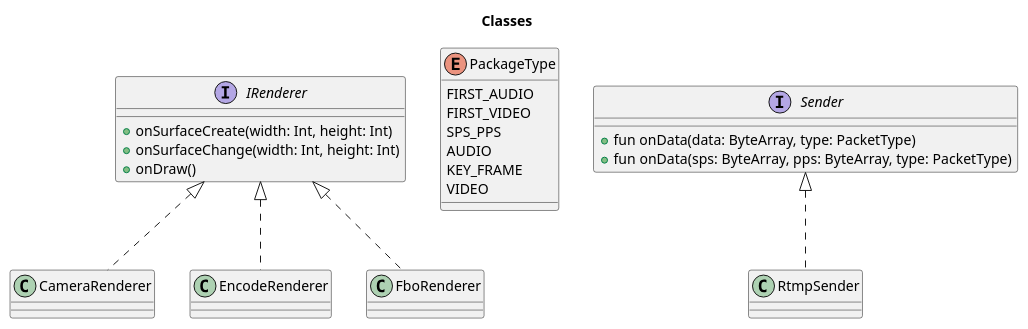
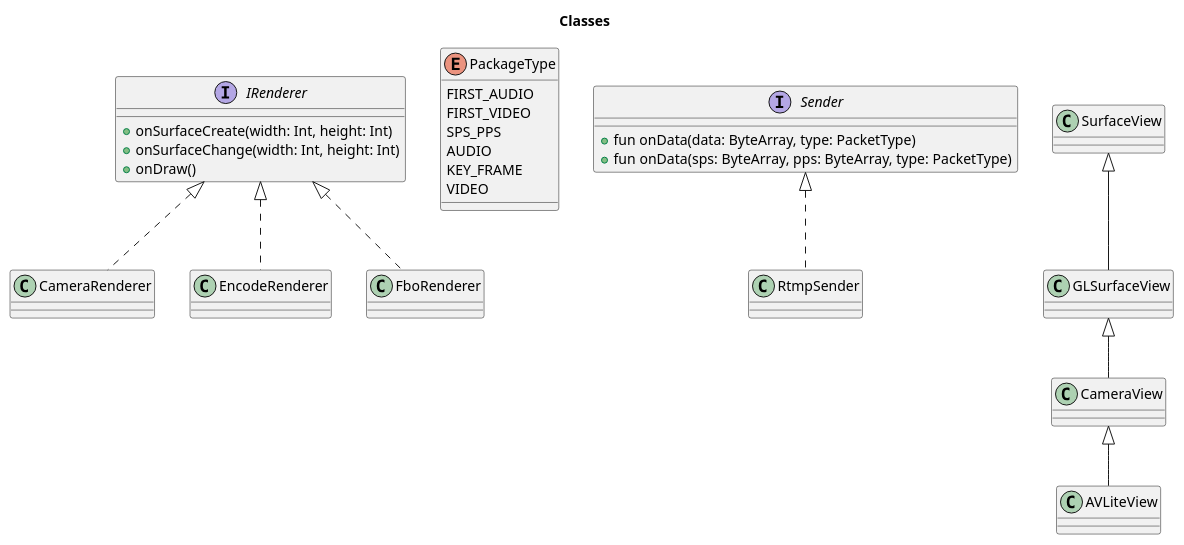
The diagram in docs/classes.puml (sunlulu427/MixedStream), drawn with PlantUML before and after one commit. The commit also changed 10 other files, not shown here.

```diff
--- a/docs/classes.puml
+++ b/docs/classes.puml
@@ -1,31 +1,36 @@
 @startuml
 
 title Classes
 
 interface IRenderer {
   + onSurfaceCreate(width: Int, height: Int)
   + onSurfaceChange(width: Int, height: Int)
   + onDraw()
 }
 
 class CameraRenderer implements IRenderer
 class EncodeRenderer implements IRenderer
 class FboRenderer implements IRenderer
 
 enum PackageType {
     FIRST_AUDIO
     FIRST_VIDEO
     SPS_PPS
     AUDIO
     KEY_FRAME
     VIDEO
 }
 
 interface Sender {
     + fun onData(data: ByteArray, type: PacketType)
     + fun onData(sps: ByteArray, pps: ByteArray, type: PacketType)
 }
 
 class RtmpSender implements Sender
 
+class SurfaceView
+class GLSurfaceView extends SurfaceView
+class CameraView extends GLSurfaceView
+class AVLiteView extends CameraView
+
 @enduml
```
